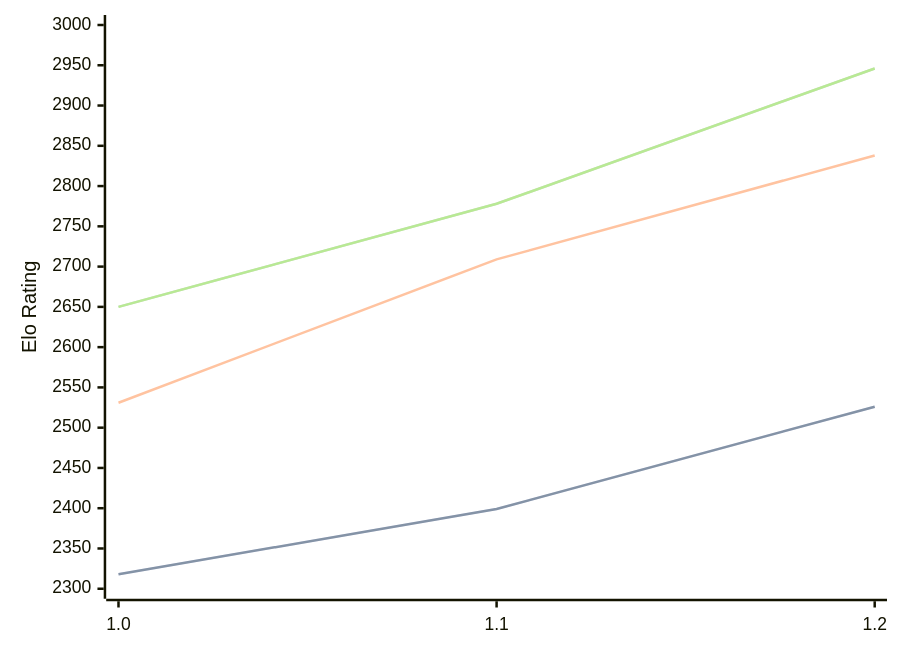
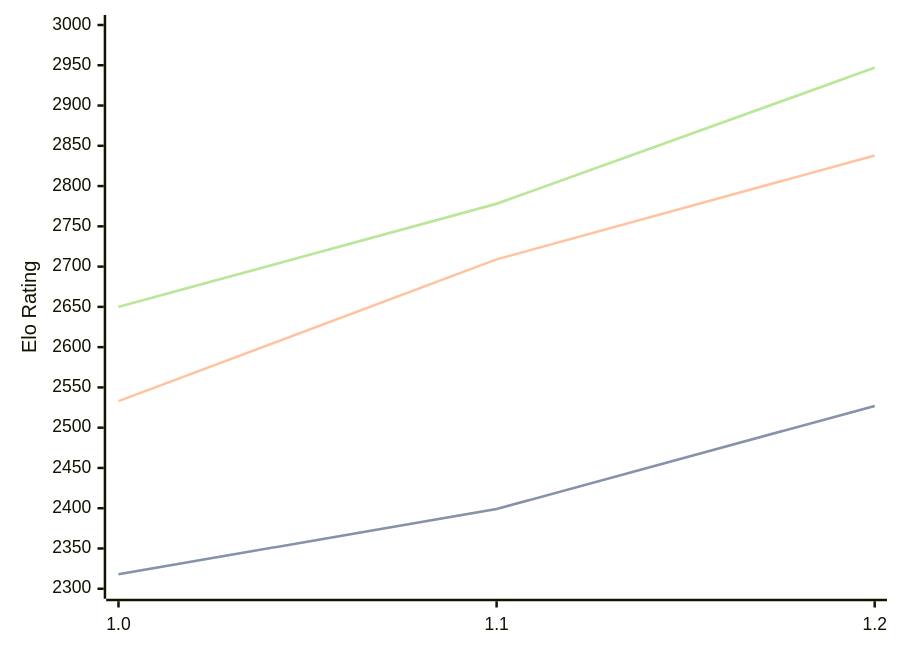
Before and after one commit to computer-chess-index/cci: the diagram in engines/FoxChess.md, drawn with Mermaid. The commit also changed other lines of this file, not shown here.

Commit message:
Update CCI Ratings (ELO VLTC) - 2026-09-07

````diff
--- a/engines/FoxChess.md
+++ b/engines/FoxChess.md
@@ -33,11 +33,11 @@
 ```mermaid
 %%{init: {"theme":"base","themeVariables":{"seriesColors:['#a3a3a3','#222221','#faa371']}}}%%
 xychart-beta
   x-axis ["1.0", "1.1", "1.2"]
   y-axis "Elo Rating" 2300 --> 3000
-  line "" [2318, 2399, 2526]
-  line "STC (8.0+0.08s)" [2318, 2399, 2526]
-  line "LTC (60.0+0.60s)" [2531, 2709, 2838]
-  line "" [2650, 2778, 2946]
-  line "VLTC (2m24s+1.12s)" [2650, 2778, 2946]
+  line "" [2318, 2399, 2527]
+  line "STC (8.0+0.08s)" [2318, 2399, 2527]
+  line "LTC (60.0+0.60s)" [2533, 2709, 2838]
+  line "" [2650, 2778, 2947]
+  line "VLTC (2m24s+1.12s)" [2650, 2778, 2947]
 ```
````
